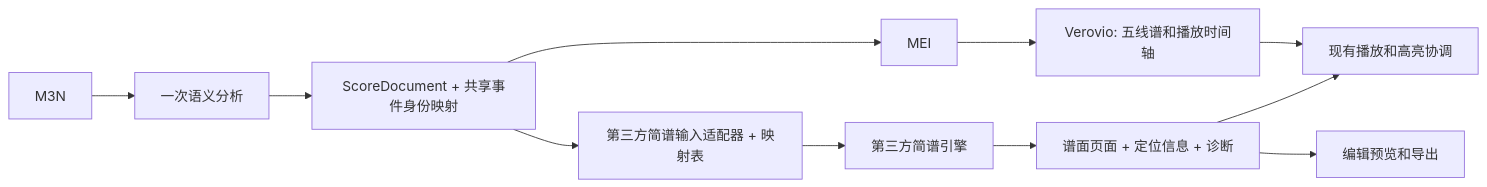
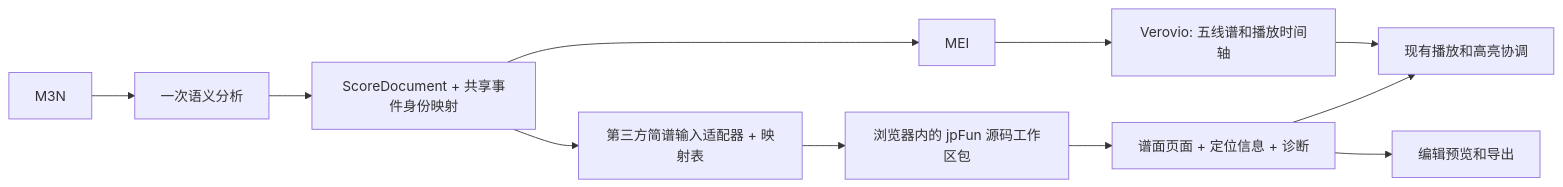
Before and after one commit to huazhechen/m3n: the diagram in docs/NUMBERED_NOTATION_REMEDIATION.md, drawn with Mermaid. The commit also changed other lines of this file, not shown here.

Commit message:
docs: narrow notation plan to frontend and assess jpFun source maintenance

````diff
--- a/docs/NUMBERED_NOTATION_REMEDIATION.md
+++ b/docs/NUMBERED_NOTATION_REMEDIATION.md
@@ -102,13 +103,13 @@
 ```mermaid
 flowchart LR
   source[M3N] --> analysis[一次语义分析]
   analysis --> score[ScoreDocument + 共享事件身份映射]
   score --> mei[MEI]
   mei --> verovio[Verovio: 五线谱和播放时间轴]
   score --> adapter[第三方简谱输入适配器 + 映射表]
-  adapter --> engine[第三方简谱引擎]
+  adapter --> engine[浏览器内的 jpFun 源码工作区包]
   engine --> pages[谱面页面 + 定位信息 + 诊断]
   pages --> ui[编辑预览和导出]
   verovio --> playback[现有播放和高亮协调]
   pages --> playback
 ```
````
